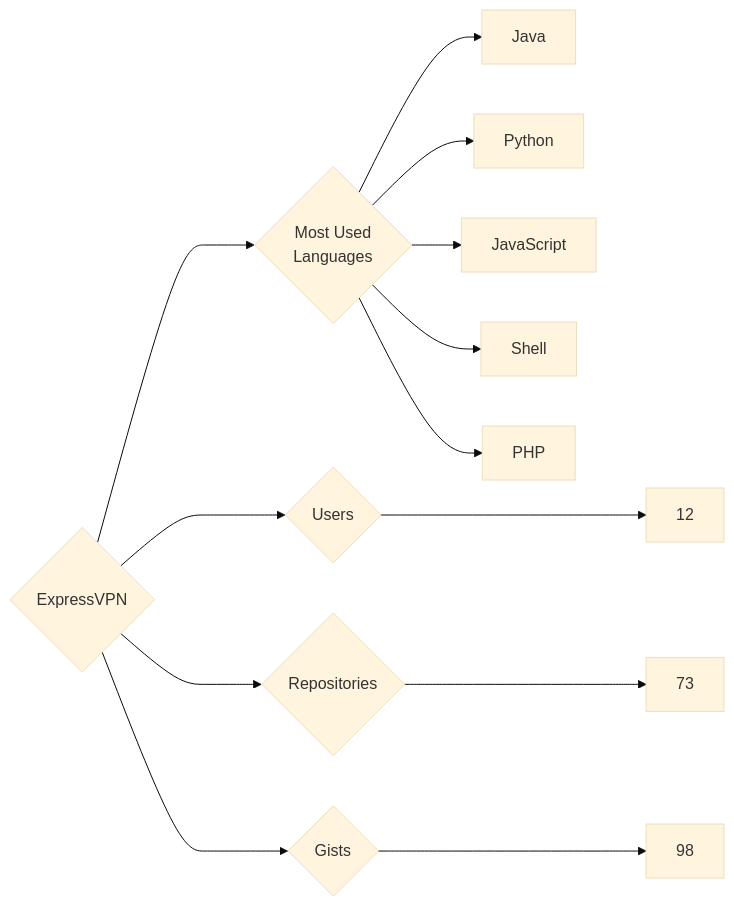
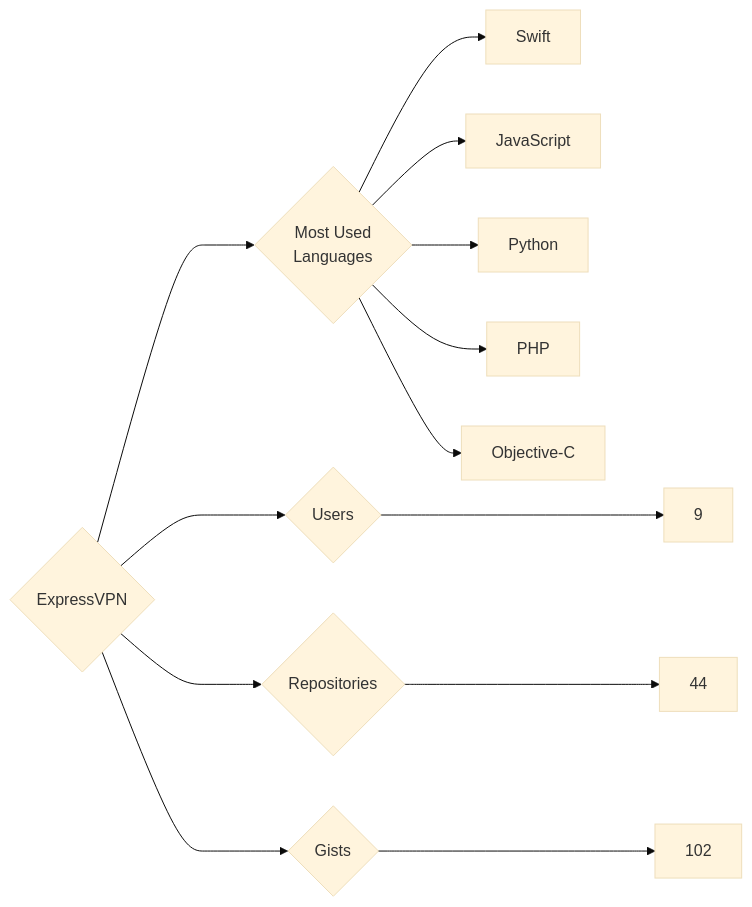
One commit to trickest/insiders changed the diagram in targets/ExpressVPN/README.md. Above: the diagram before and after it, drawn with Mermaid (base theme). The commit also changed 872 other files, not shown here.

````diff
--- a/targets/ExpressVPN/README.md
+++ b/targets/ExpressVPN/README.md
@@ -3,13 +3,13 @@
 ```mermaid
 graph LR
 COMPANY_NAME{ExpressVPN}
-COMPANY_NAME ---> U{Users} ---> UN[12]
-COMPANY_NAME ---> R{Repositories} ---> RN[73]
-COMPANY_NAME ---> G{Gists} ---> GN[98]
+COMPANY_NAME ---> U{Users} ---> UN[9]
+COMPANY_NAME ---> R{Repositories} ---> RN[44]
+COMPANY_NAME ---> G{Gists} ---> GN[102]
 COMPANY_NAME ---> ML{Most Used<br>Languages}
-ML --> Java[Java]
+ML --> Swift[Swift]
+ML --> JavaScript[JavaScript]
 ML --> Python[Python]
-ML --> JavaScript[JavaScript]
-ML --> Shell[Shell]
 ML --> PHP[PHP]
+ML --> Objective-C[Objective-C]
 ```
````
